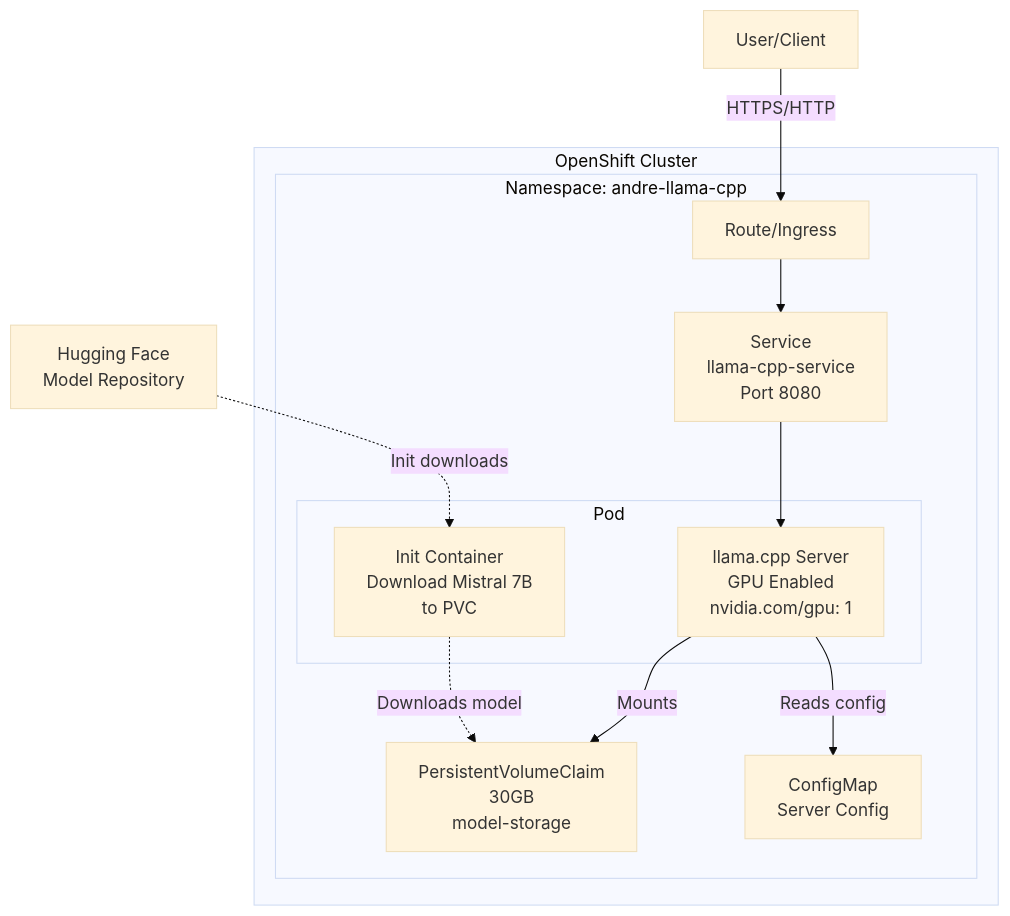
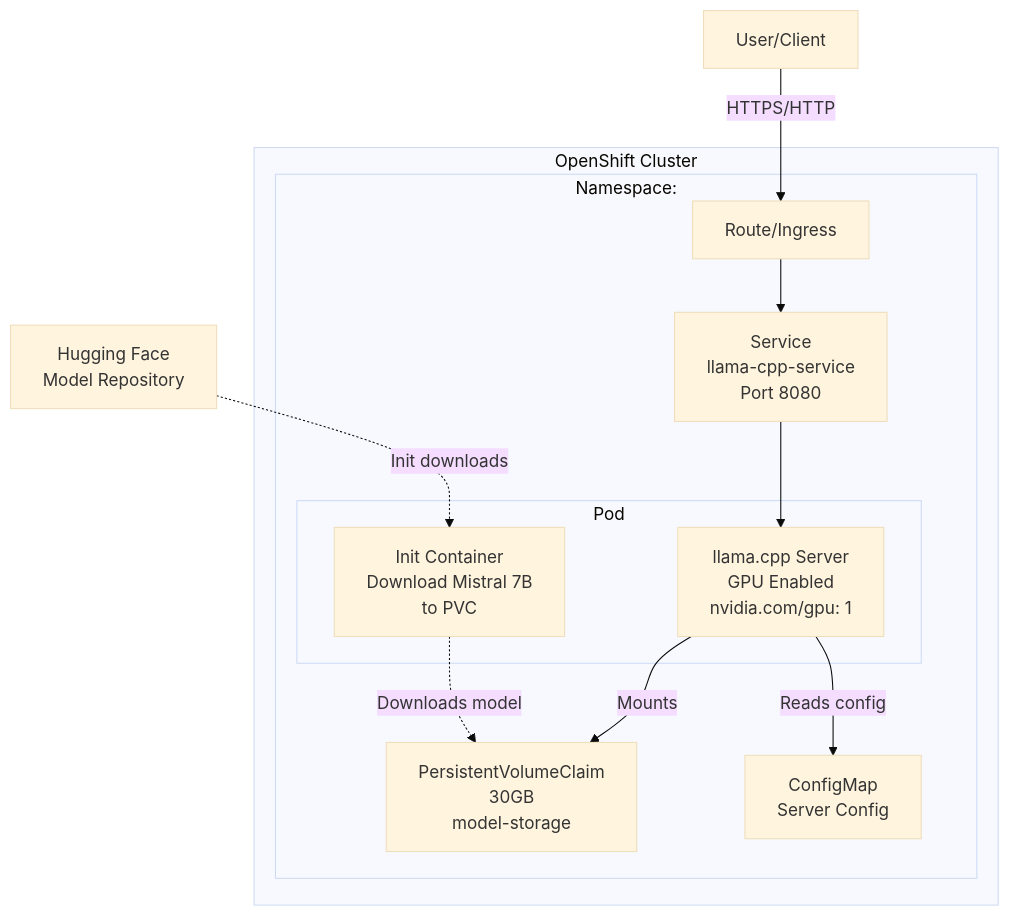
Before and after one commit to andretost/openshift-ai: the diagram in deployment-plan.md, drawn with Mermaid (base theme). The commit also changed other lines of this file and 5 other files, not shown here.

````diff
--- a/deployment-plan.md
+++ b/deployment-plan.md
@@ -8,26 +8,26 @@
 ```mermaid
 graph TB
     subgraph "OpenShift Cluster"
-        subgraph "Namespace: andre-llama-cpp"
+        subgraph "Namespace: <your-namespace>"
             Route[Route/Ingress]
             Service[Service<br/>llama-cpp-service<br/>Port 8080]
             
             subgraph "Pod"
                 InitContainer[Init Container<br/>Download Mistral 7B<br/>to PVC]
                 MainContainer[llama.cpp Server<br/>GPU Enabled<br/>nvidia.com/gpu: 1]
             end
             
             PVC[PersistentVolumeClaim<br/>30GB<br/>model-storage]
             ConfigMap[ConfigMap<br/>Server Config]
         end
     end
     
     User[User/Client] -->|HTTPS/HTTP| Route
     Route --> Service
     Service --> MainContainer
     InitContainer -.->|Downloads model| PVC
     MainContainer -->|Mounts| PVC
     MainContainer -->|Reads config| ConfigMap
     
     HuggingFace[Hugging Face<br/>Model Repository] -.->|Init downloads| InitContainer
 ```
````
